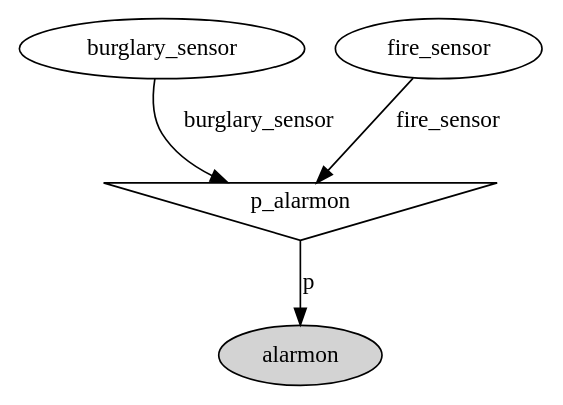
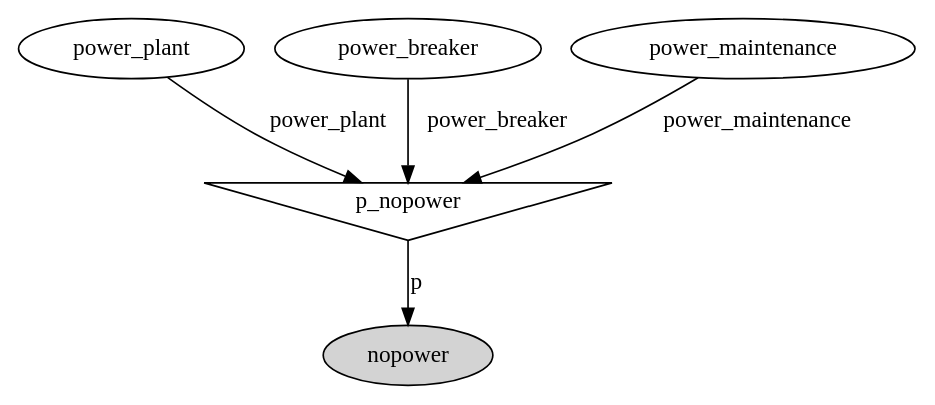
Before and after one commit to rolisanchez/ai-project-mcmc: the diagram in container.dot, drawn with Graphviz. The commit also changed 2 other files, not shown here.

Commit message:
Power probability

```diff
--- a/container.dot
+++ b/container.dot
@@ -1,9 +1,11 @@
 digraph G {
-burglary_sensor;
-fire_sensor;
-p_alarmon [shape=invtriangle];
-fire_sensor -> p_alarmon  [label=fire_sensor];
-burglary_sensor -> p_alarmon  [label=burglary_sensor];
-alarmon [style=filled];
-p_alarmon -> alarmon  [label=p];
+power_plant;
+nopower [style=filled];
+p_nopower [shape=invtriangle];
+p_nopower -> nopower  [label=p];
+power_breaker;
+power_breaker -> p_nopower  [label=power_breaker];
+power_plant -> p_nopower  [label=power_plant];
+power_maintenance;
+power_maintenance -> p_nopower  [label=power_maintenance];
 }
```
